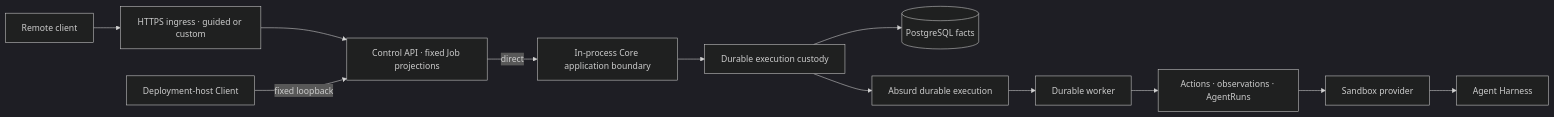
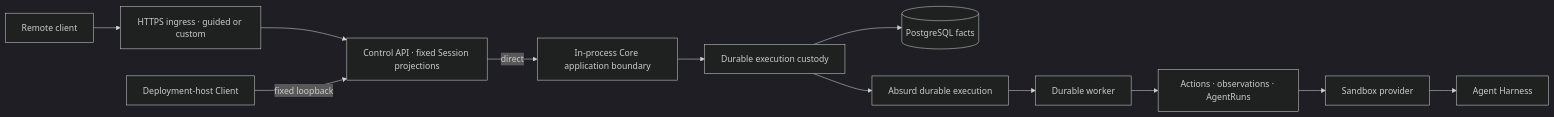
One commit to aphronio/dorf changed the diagram in docs/project/architecture.md. Above: the diagram before and after it, drawn with Mermaid (dark theme). The commit also changed other lines of this file and 247 other files, not shown here.

````diff
--- a/docs/project/architecture.md
+++ b/docs/project/architecture.md
@@ -11,14 +11,14 @@
 ```mermaid
 flowchart LR
     Remote["Remote client"] --> Ingress["HTTPS ingress · guided or custom"]
-    Ingress --> API["Control API · fixed Job projections"]
+    Ingress --> API["Control API · fixed Session projections"]
     Host["Deployment-host Client"] -->|fixed loopback| API
     API -->|direct| Core["In-process Core application boundary"]
     Core --> Custody["Durable execution custody"]
     Custody --> PG[("PostgreSQL facts")]
     Custody --> Absurd["Absurd durable execution"]
     Absurd --> Worker["Durable worker"]
     Worker --> Edge["Actions · observations · AgentRuns"]
     Edge --> Sandbox["Sandbox provider"]
     Sandbox --> Harness["Agent Harness"]
 ```
````
